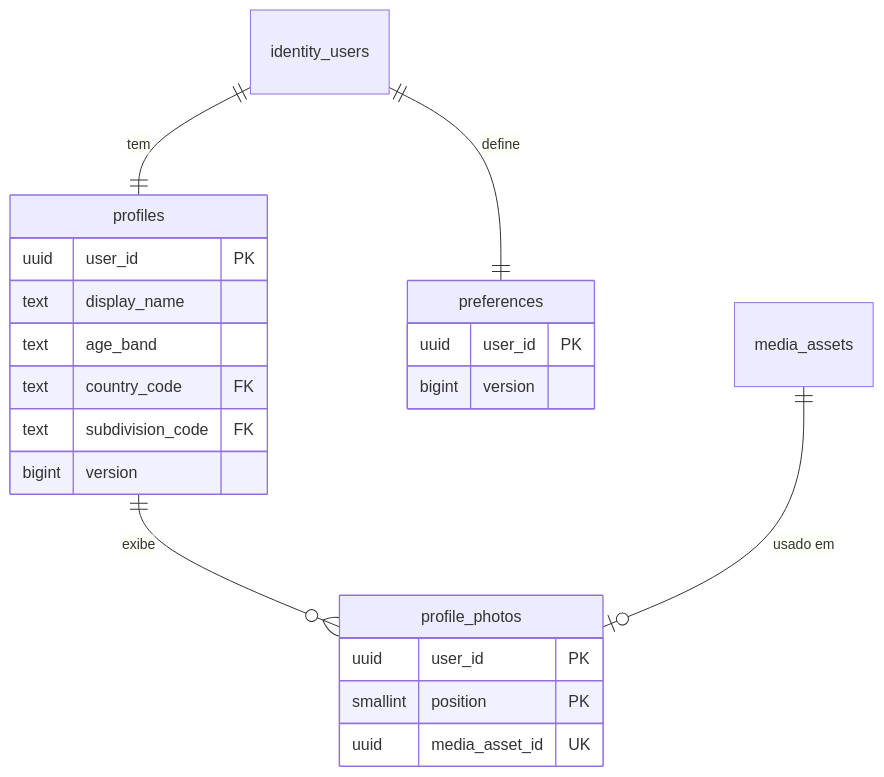
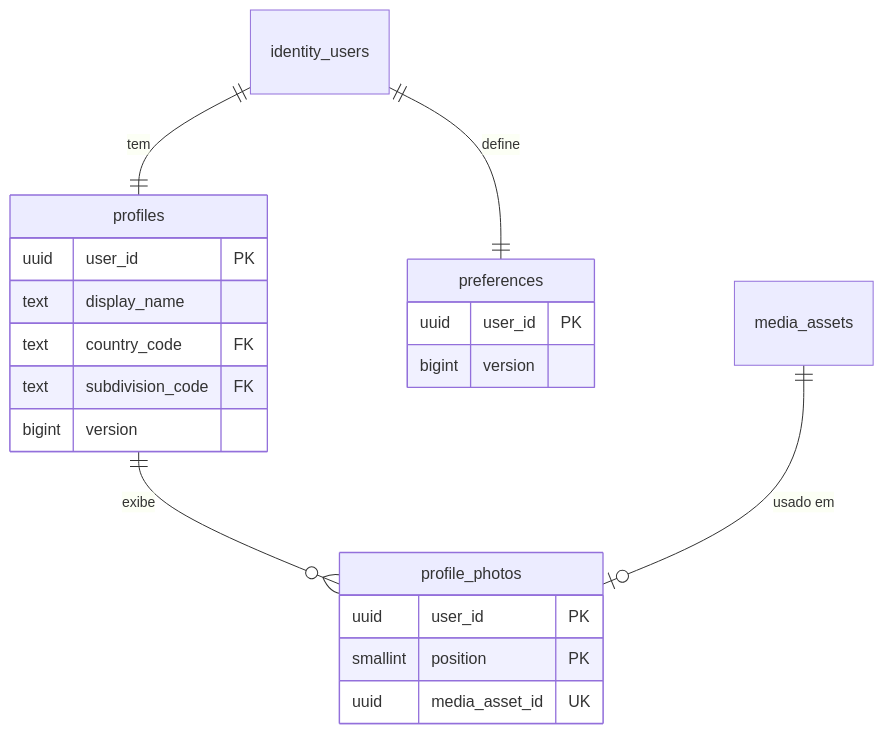
Before and after one commit to BipoXDXD/duora: the third of 10 diagrams in docs/data/model.md, drawn with Mermaid. The commit also changed other lines of this file and 4 other files, not shown here.

````diff
--- a/docs/data/model.md
+++ b/docs/data/model.md
@@ -272,24 +272,23 @@
 ```mermaid
 erDiagram
     identity_users ||--|| profiles : "tem"
     identity_users ||--|| preferences : "define"
     profiles ||--o{ profile_photos : "exibe"
     media_assets ||--o| profile_photos : "usado em"
     profiles {
         uuid user_id PK
         text display_name
-        text age_band
         text country_code FK
         text subdivision_code FK
         bigint version
     }
     preferences {
         uuid user_id PK
         bigint version
     }
     profile_photos {
         uuid user_id PK
         smallint position PK
         uuid media_asset_id UK
     }
 ```
````
